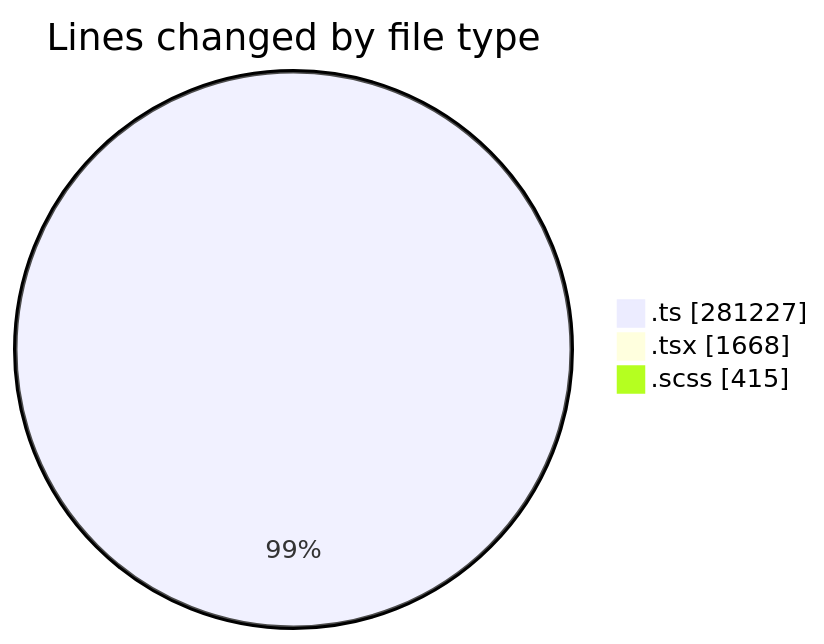
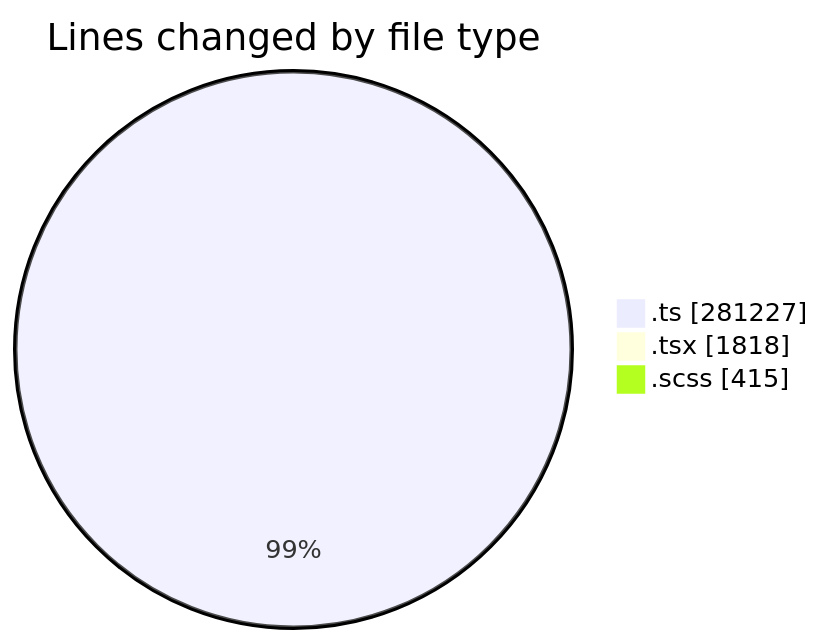
Before and after one commit to momahboobian/code-tracking: the first of 2 diagrams in 2025-08-22/cda/README.md, drawn with Mermaid. The commit also changed other lines of this file and 1 other file, not shown here.

````diff
--- a/2025-08-22/cda/README.md
+++ b/2025-08-22/cda/README.md
@@ -40,7 +41,7 @@
 ```mermaid
 pie showData
 title Lines changed by file type
 ".ts" : 281227
-".tsx" : 1668
+".tsx" : 1818
 ".scss" : 415
 ```
````
